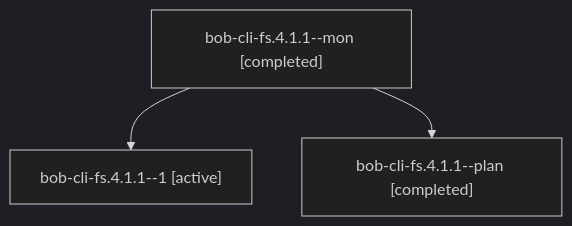
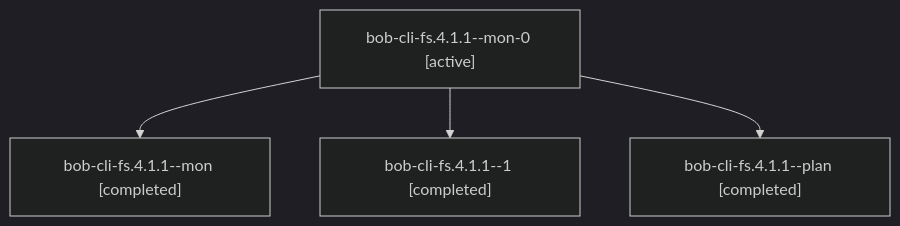
The diagram in sessions/bbugyi200.athena.bob-cli-fs.4.1.1.md (bobs-org/bob-cli--agents), drawn with Mermaid (dark theme) before and after one commit. The commit also changed other lines of this file and 68 other files, not shown here.

````diff
--- a/sessions/bbugyi200.athena.bob-cli-fs.4.1.1.md
+++ b/sessions/bbugyi200.athena.bob-cli-fs.4.1.1.md
@@ -9,8 +9,10 @@
 ```mermaid
 flowchart TD
-  n0["bob-cli-fs.4.1.1--mon [completed]"]
-  n1["bob-cli-fs.4.1.1--1 [active]"]
+  n0["bob-cli-fs.4.1.1--mon-0 [active]"]
+  n1["bob-cli-fs.4.1.1--mon [completed]"]
   n0 --> n1
-  n2["bob-cli-fs.4.1.1--plan [completed]"]
+  n2["bob-cli-fs.4.1.1--1 [completed]"]
   n0 --> n2
+  n3["bob-cli-fs.4.1.1--plan [completed]"]
+  n0 --> n3
 ```
````
